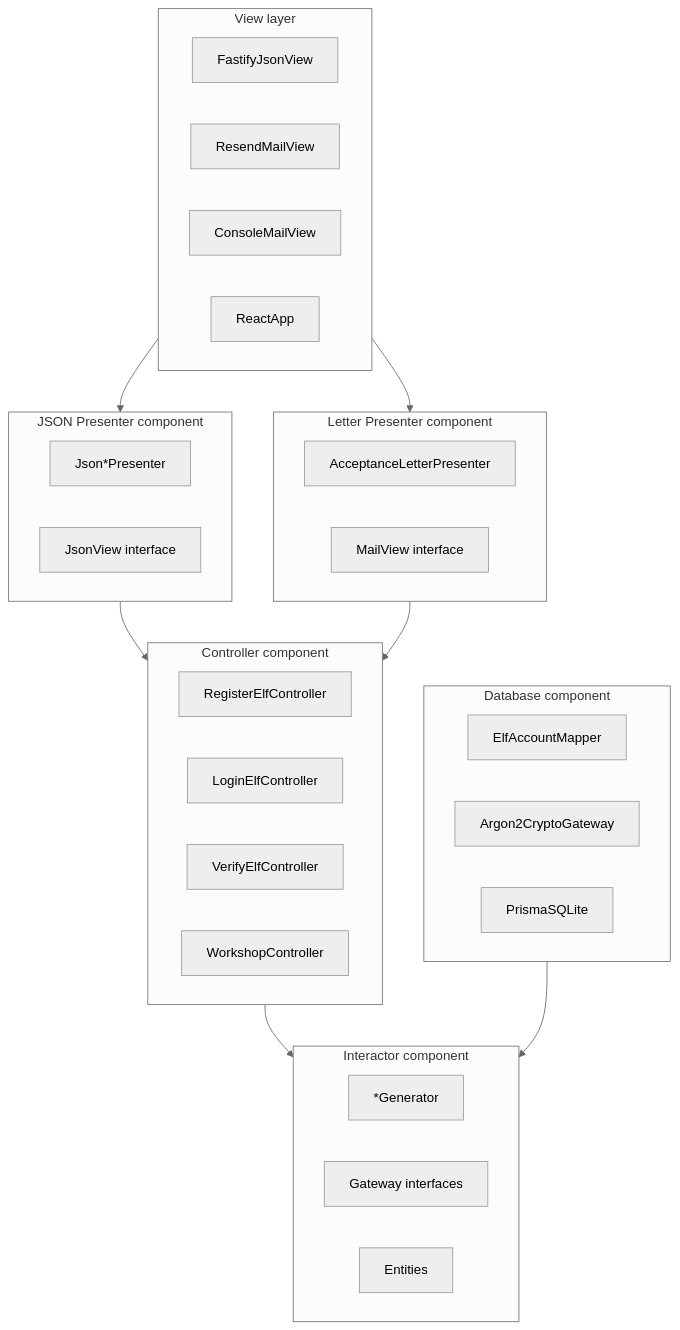
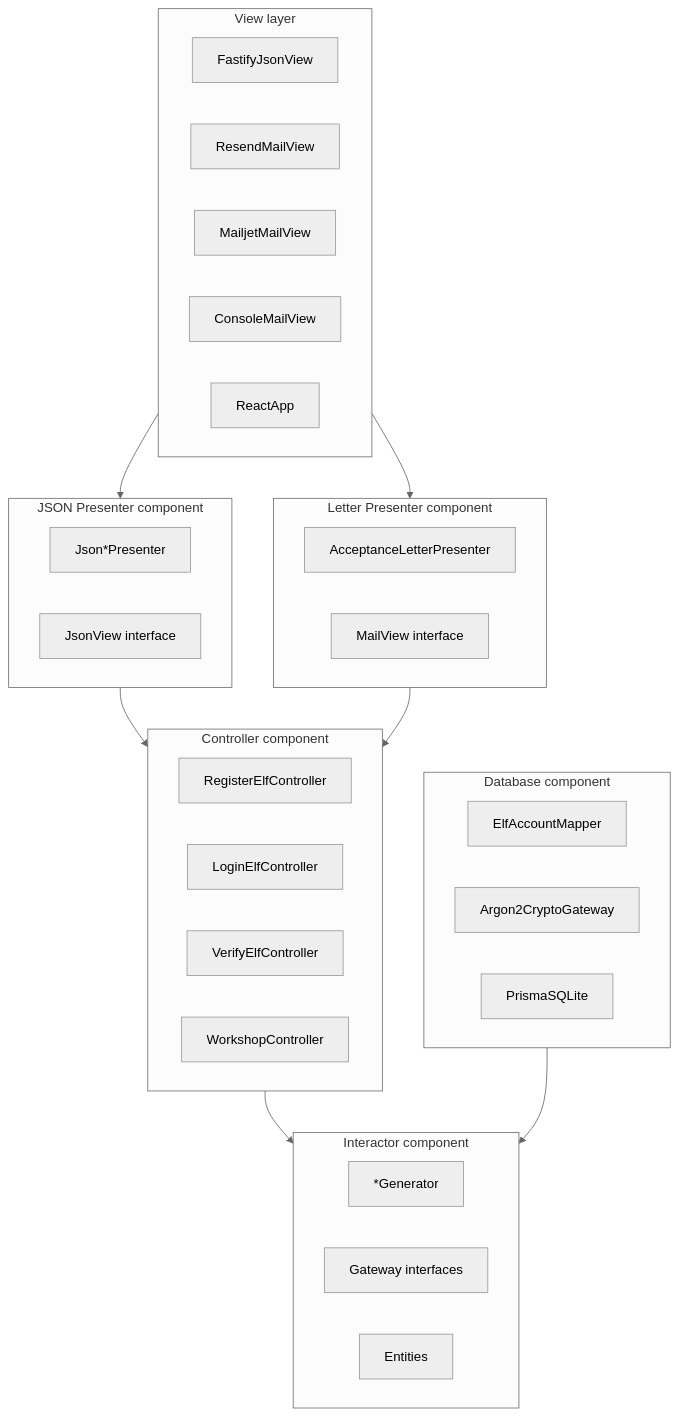
Before and after one commit to derekCmorales/santa-alert: the second of 2 diagrams in docs/component-diagram.md, drawn with Mermaid (neutral theme). The commit also changed other lines of this file and 18 other files, not shown here.

First line of the commit message:
feat: add Mailjet as a third MailView without reopening the generator

````diff
--- a/docs/component-diagram.md
+++ b/docs/component-diagram.md
@@ -95,45 +97,46 @@
 ```mermaid
 flowchart TB
   subgraph ControllerComponent [Controller component]
     RegisterElfController
     LoginElfController
     VerifyElfController
     WorkshopController
   end
 
   subgraph InteractorComponent [Interactor component]
     Generators["*Generator"]
     GatewaysI["Gateway interfaces"]
     Entities["Entities"]
   end
 
   subgraph DatabaseComponent [Database component]
     ElfAccountMapper
     Argon2CryptoGateway
     PrismaSQLite
   end
 
   subgraph JsonPresenterComponent [JSON Presenter component]
     JsonPresenters["Json*Presenter"]
     JsonViewI["JsonView interface"]
   end
 
   subgraph LetterPresenterComponent [Letter Presenter component]
     AcceptanceLetterPresenter
     MailViewI["MailView interface"]
   end
 
   subgraph ViewLayer [View layer]
     FastifyJsonView
     ResendMailView
+    MailjetMailView
     ConsoleMailView
     ReactApp
   end
 
   ControllerComponent --> InteractorComponent
   DatabaseComponent --> InteractorComponent
   JsonPresenterComponent --> ControllerComponent
   LetterPresenterComponent --> ControllerComponent
   ViewLayer --> JsonPresenterComponent
   ViewLayer --> LetterPresenterComponent
 ```
````
